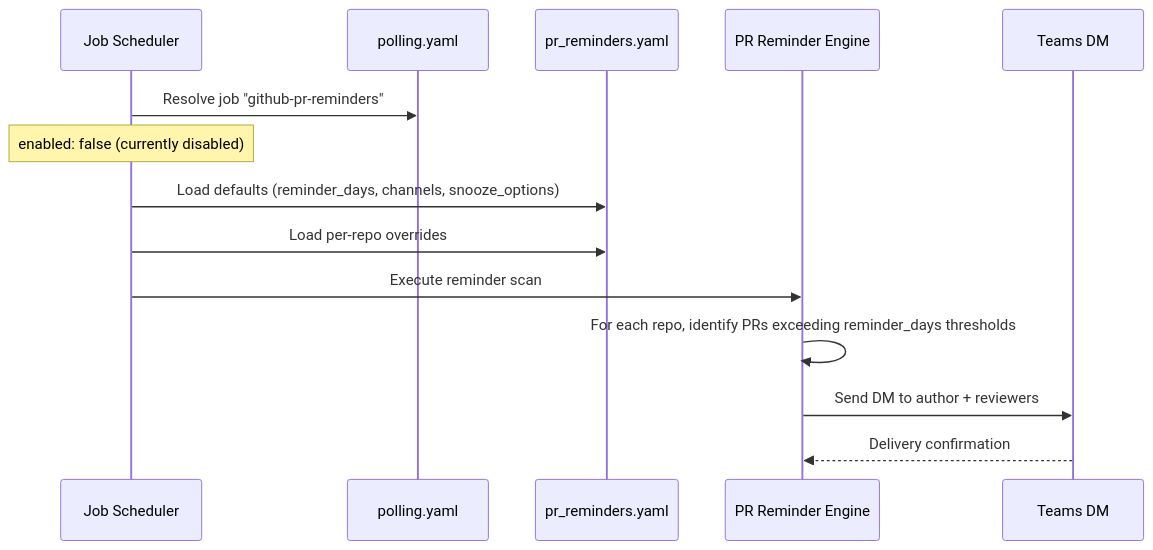
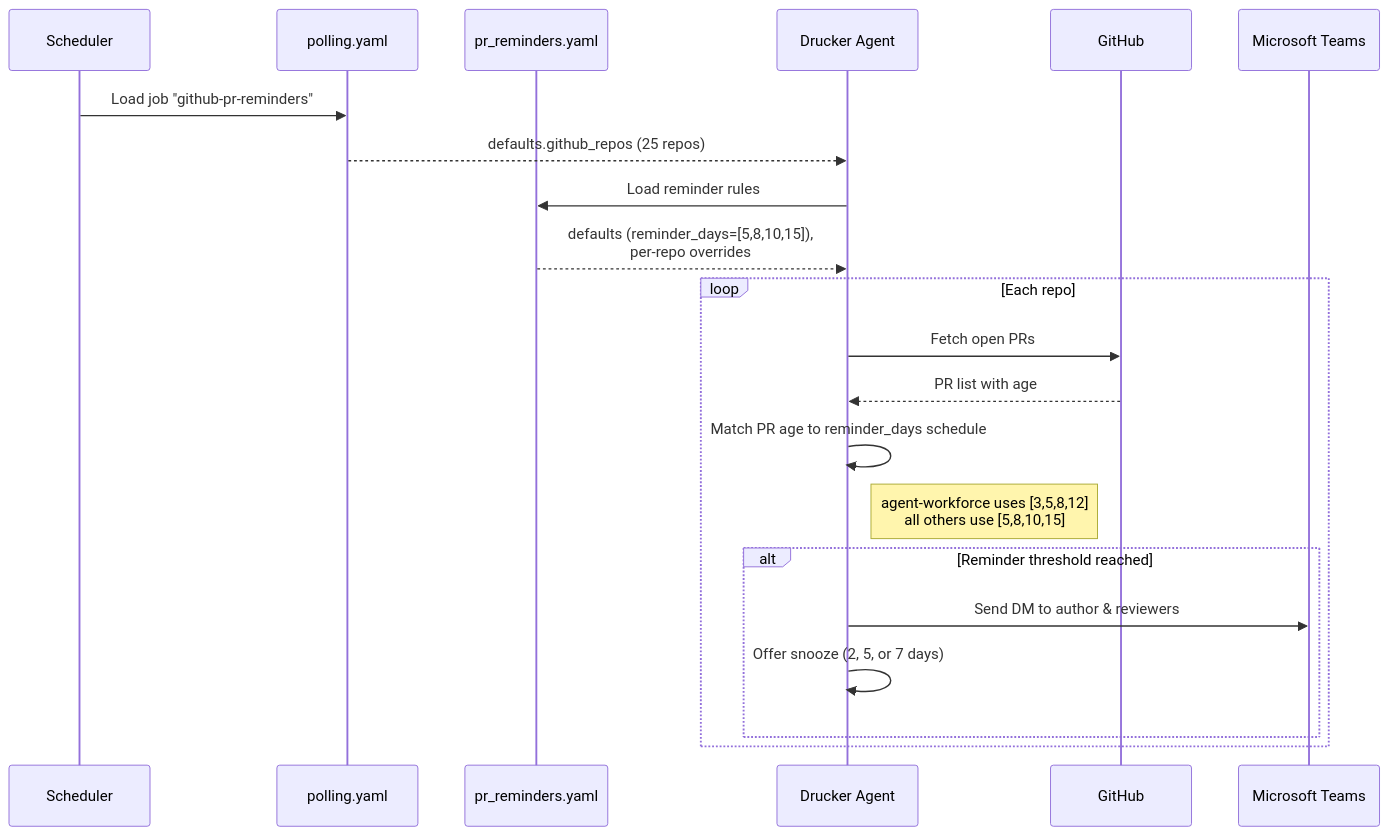
Before and after one commit to jmac-cornelis/agent-workforce: the fourth of 4 diagrams in docs/agents-drucker-config.md, drawn with Mermaid. The commit also changed other lines of this file and 7 other files, not shown here.

````diff
--- a/docs/agents-drucker-config.md
+++ b/docs/agents-drucker-config.md
@@ -108,17 +127,24 @@
 ```mermaid
 sequenceDiagram
-    participant S as Job Scheduler
-    participant P as polling.yaml
-    participant R as pr_reminders.yaml
-    participant E as PR Reminder Engine
-    participant T as Teams DM
+    participant Scheduler
+    participant Polling as polling.yaml
+    participant PRConfig as pr_reminders.yaml
+    participant Drucker as Drucker Agent
+    participant GitHub
+    participant Teams as Microsoft Teams
 
-    S->>P: Resolve job "github-pr-reminders"
-    Note over S: enabled: false (currently disabled)
-    S->>R: Load defaults (reminder_days, channels, snooze_options)
-    S->>R: Load per-repo overrides
-    S->>E: Execute reminder scan
-    E->>E: For each repo, identify PRs exceeding reminder_days thresholds
-    E->>T: Send DM to author + reviewers
-    T-->>E: Delivery confirmation
+    Scheduler->>Polling: Load job "github-pr-reminders"
+    Polling-->>Drucker: defaults.github_repos (25 repos)
+    Drucker->>PRConfig: Load reminder rules
+    PRConfig-->>Drucker: defaults (reminder_days=[5,8,10,15]),<br/>per-repo overrides
+    loop Each repo
+        Drucker->>GitHub: Fetch open PRs
+        GitHub-->>Drucker: PR list with age
+        Drucker->>Drucker: Match PR age to reminder_days schedule
+        Note right of Drucker: agent-workforce uses [3,5,8,12]<br/>all others use [5,8,10,15]
+        alt Reminder threshold reached
+            Drucker->>Teams: Send DM to author & reviewers
+            Drucker->>Drucker: Offer snooze (2, 5, or 7 days)
+        end
+    end
 ```
````
